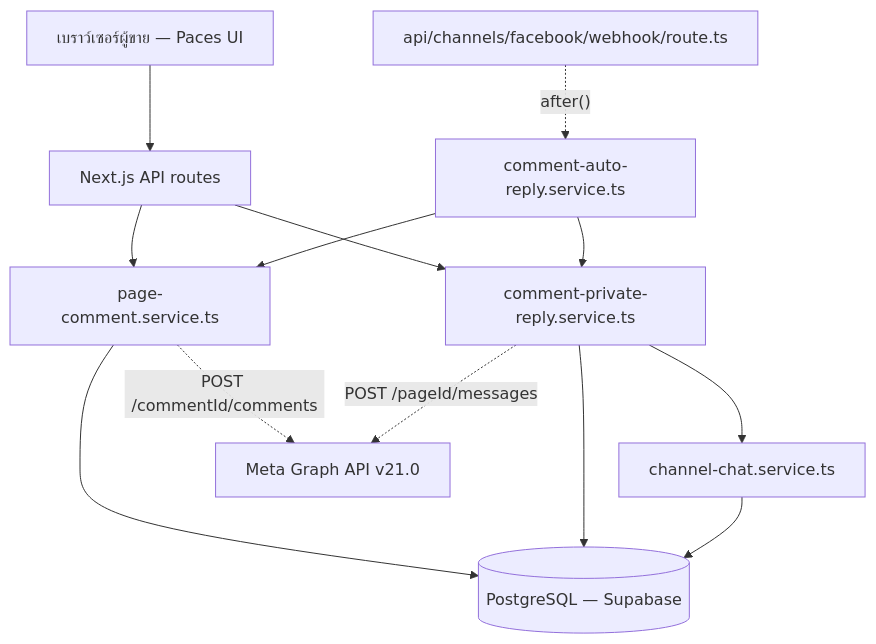
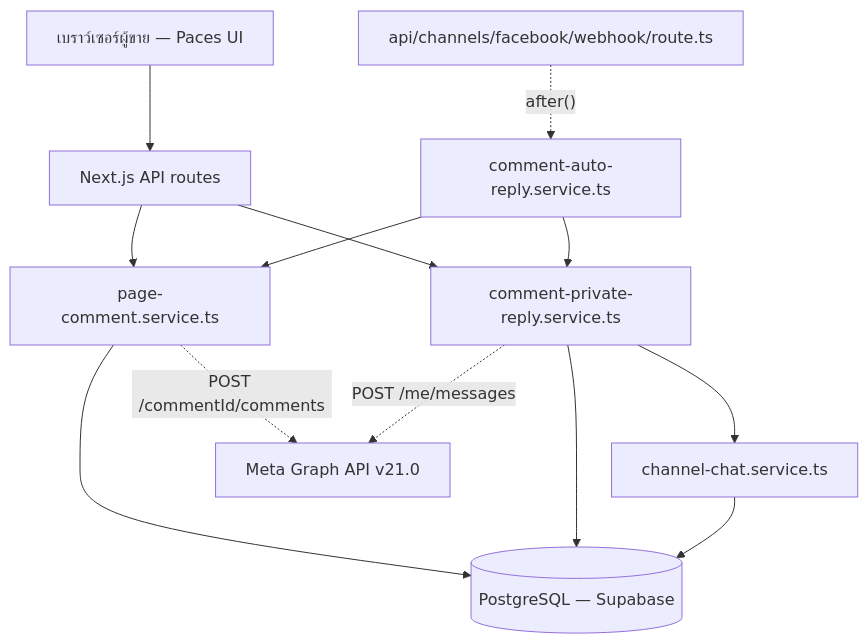
One commit to CodeCooLTH/deep-web changed the first of 2 diagrams in docs/20 - Features/00038 - Comment Auto-Reply/SDS.md. Above: the diagram before and after it, drawn with Mermaid. The commit also changed other lines of this file and 4 other files, not shown here.

````diff
--- a/docs/20 - Features/00038 - Comment Auto-Reply/SDS.md
+++ b/docs/20 - Features/00038 - Comment Auto-Reply/SDS.md
@@ -56,25 +56,25 @@
 ```mermaid
 graph TD
     Client[เบราว์เซอร์ผู้ขาย — Paces UI]
     GW[Next.js API routes]
     WH[api/channels/facebook/webhook/route.ts]
     AutoSvc[comment-auto-reply.service.ts]
     PrivSvc[comment-private-reply.service.ts]
     PageSvc[page-comment.service.ts]
     ChatSvc[channel-chat.service.ts]
     DB[(PostgreSQL — Supabase)]
     Graph[Meta Graph API v21.0]
 
     Client --> GW
     GW --> PageSvc
     GW --> PrivSvc
     WH -. after() .-> AutoSvc
     AutoSvc --> PageSvc
     AutoSvc --> PrivSvc
     PrivSvc --> ChatSvc
     PageSvc --> DB
     PrivSvc --> DB
     ChatSvc --> DB
     PageSvc -. POST /commentId/comments .-> Graph
-    PrivSvc -. POST /pageId/messages .-> Graph
+    PrivSvc -. POST /me/messages .-> Graph
 ```
````
